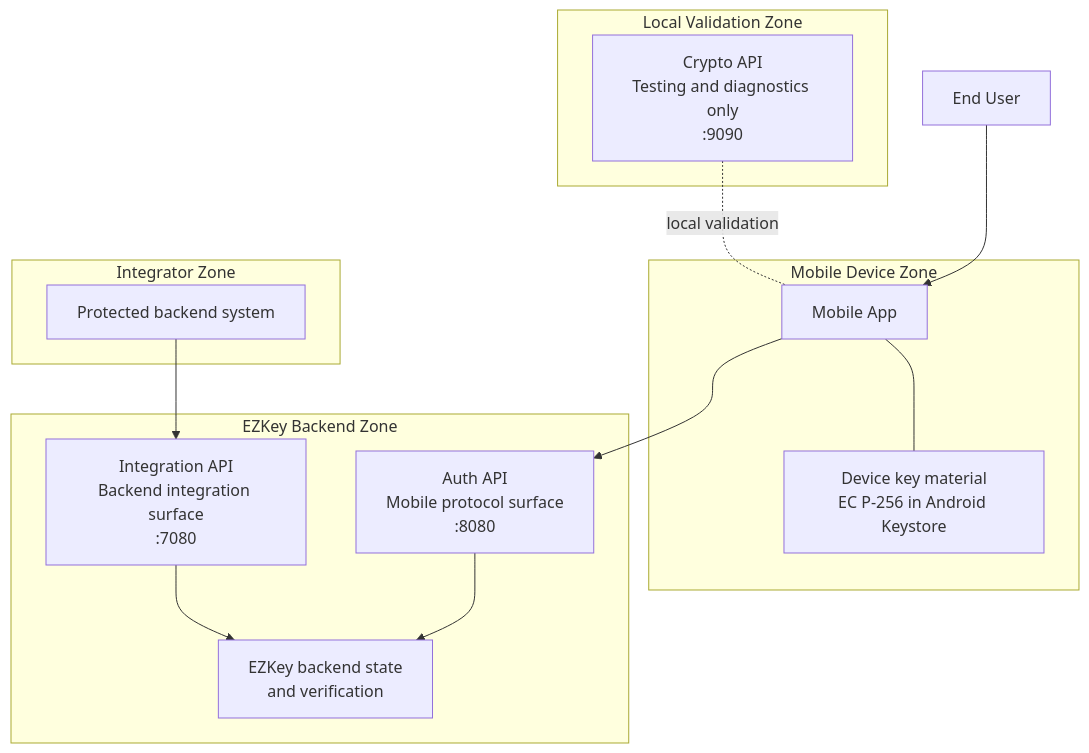
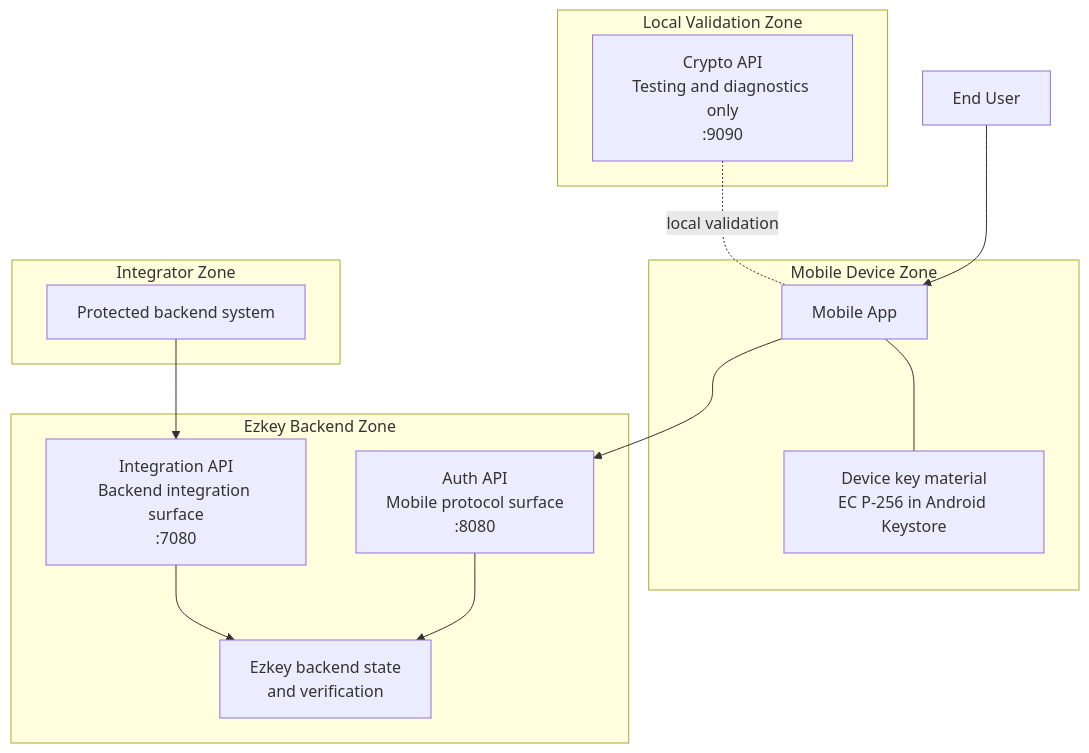
The first of 6 diagrams in docs/MOBILE_DEVELOPER_GUIDE.md (mgagp/ezkey), drawn with Mermaid before and after one commit. The commit also changed other lines of this file and 93 other files, not shown here.

````diff
--- a/docs/MOBILE_DEVELOPER_GUIDE.md
+++ b/docs/MOBILE_DEVELOPER_GUIDE.md
@@ -116,31 +116,31 @@
 ```mermaid
 flowchart TB
     user[End User]
 
     subgraph mobile_zone[Mobile Device Zone]
         mobile[Mobile App]
         device_crypto[Device key material\nEC P-256 in Android Keystore]
     end
 
-    subgraph ezkey_zone[EZKey Backend Zone]
+    subgraph ezkey_zone[Ezkey Backend Zone]
         auth[Auth API\nMobile protocol surface\n:8080]
         integration[Integration API\nBackend integration surface\n:7080]
-        core[EZKey backend state\nand verification]
+        core[Ezkey backend state\nand verification]
     end
 
     subgraph integrator_zone[Integrator Zone]
         backend[Protected backend system]
     end
 
     subgraph local_validation_zone[Local Validation Zone]
         crypto[Crypto API\nTesting and diagnostics only\n:9090]
     end
 
     user --> mobile
     mobile --> auth
     mobile --- device_crypto
     auth --> core
     integration --> core
     backend --> integration
     crypto -. local validation .- mobile
 ```
````
